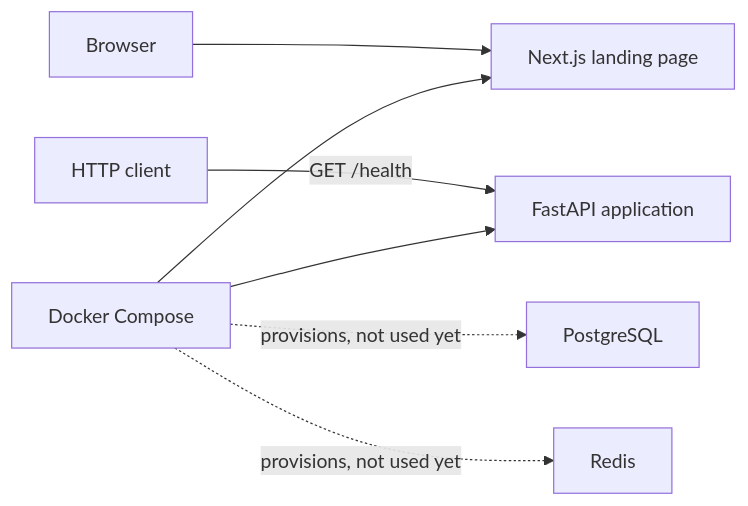
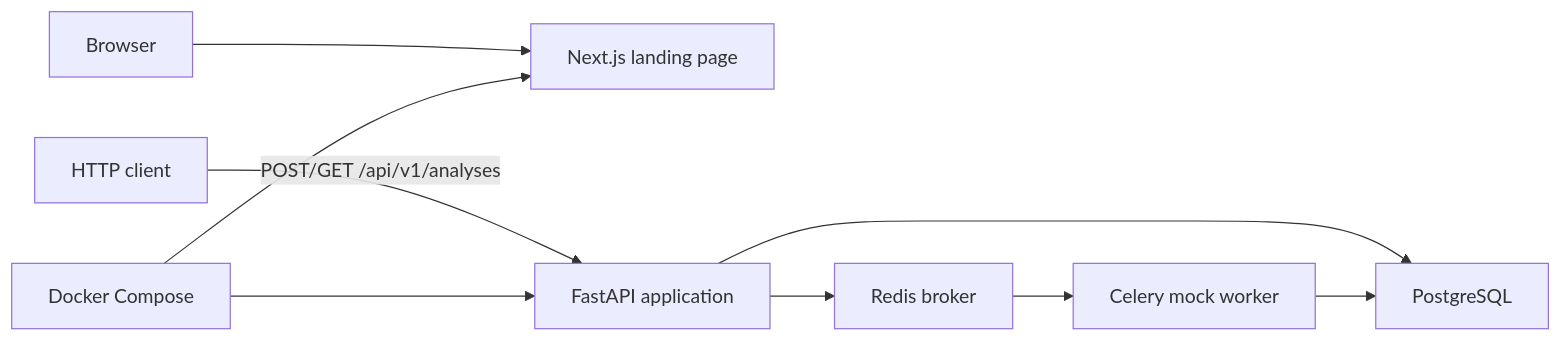
One commit to vedatbulucular/repolens changed the first of 3 diagrams in docs/architecture.md. Above: the diagram before and after it, drawn with Mermaid. The commit also changed other lines of this file and 33 other files, not shown here.

````diff
--- a/docs/architecture.md
+++ b/docs/architecture.md
@@ -26,9 +26,11 @@
 ```mermaid
 flowchart LR
     B["Browser"] --> W["Next.js landing page"]
-    C["HTTP client"] -->|"GET /health"| A["FastAPI application"]
+    C["HTTP client"] -->|"POST/GET /api/v1/analyses"| A["FastAPI application"]
     D["Docker Compose"] --> W
     D --> A
-    D -. "provisions, not used yet" .-> P["PostgreSQL"]
-    D -. "provisions, not used yet" .-> R["Redis"]
+    A --> P["PostgreSQL"]
+    A --> R["Redis broker"]
+    R --> K["Celery mock worker"]
+    K --> P
 ```
````
